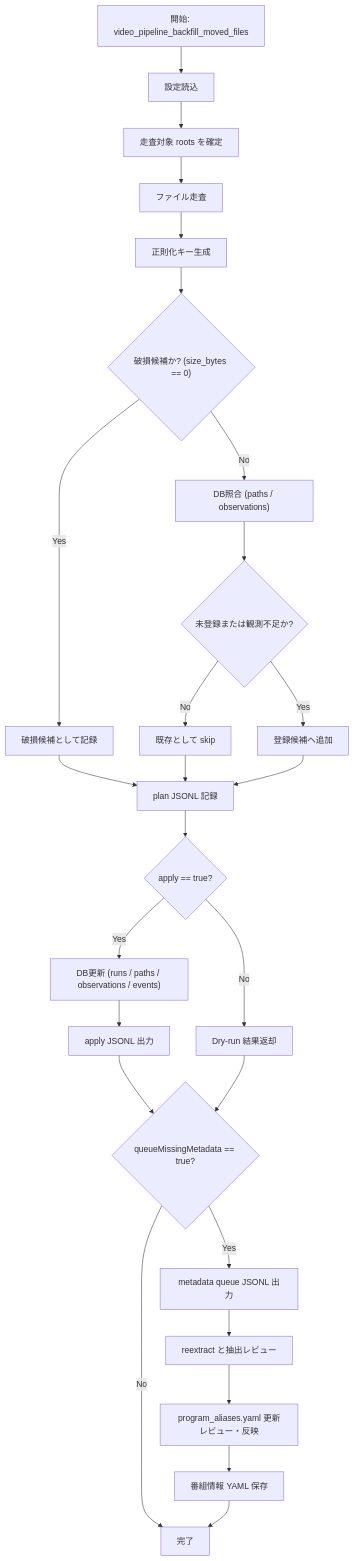
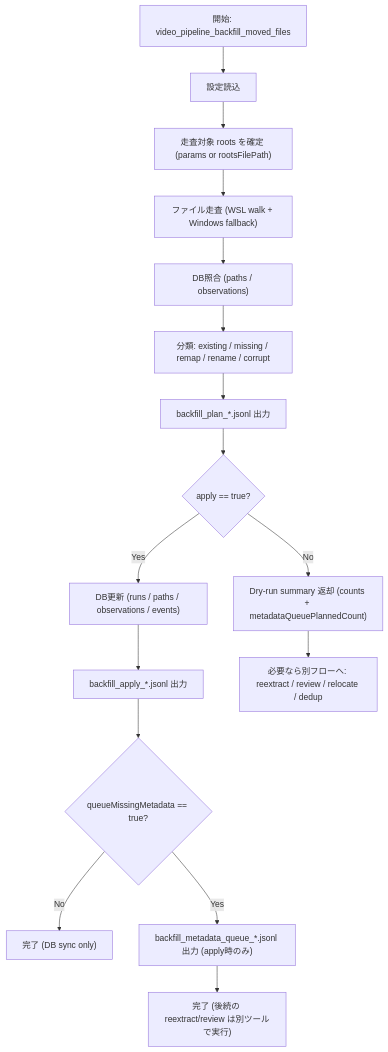
One commit to NEXTAltair/video-library-pipeline changed the diagram in BACKFILL_MOVED_FILES_REQUIREMENTS.md. Above: the diagram before and after it, drawn with Mermaid. The commit also changed other lines of this file and 9 other files, not shown here.

````diff
--- a/BACKFILL_MOVED_FILES_REQUIREMENTS.md
+++ b/BACKFILL_MOVED_FILES_REQUIREMENTS.md
@@ -16,28 +64,18 @@
 ```mermaid
 flowchart TD
   A["開始: video_pipeline_backfill_moved_files"] --> B["設定読込"]
-  B --> C["走査対象 roots を確定"]
-  C --> D["ファイル走査"]
-  D --> E["正則化キー生成"]
-  E --> F{"破損候補か? (size_bytes == 0)"}
-  F -- Yes --> F1["破損候補として記録"]
-  F -- No --> G["DB照合 (paths / observations)"]
-  G --> H{"未登録または観測不足か?"}
-  H -- No --> H1["既存として skip"]
-  H -- Yes --> I["登録候補へ追加"]
-  F1 --> J["plan JSONL 記録"]
-  H1 --> J
-  I --> J
-  J --> K{"apply == true?"}
-  K -- No --> L["Dry-run 結果返却"]
-  K -- Yes --> M["DB更新 (runs / paths / observations / events)"]
-  M --> N["apply JSONL 出力"]
-  N --> O{"queueMissingMetadata == true?"}
-  L --> O
-  O -- No --> P["完了"]
-  O -- Yes --> Q["metadata queue JSONL 出力"]
-  Q --> R["reextract と抽出レビュー"]
-  R --> S["program_aliases.yaml 更新レビュー・反映"]
-  S --> T["番組情報 YAML 保存"]
-  T --> P
+  B --> C["走査対象 roots を確定 (params or rootsFilePath)"]
+  C --> D["ファイル走査 (WSL walk + Windows fallback)"]
+  D --> E["DB照合 (paths / observations)"]
+  E --> F["分類: existing / missing / remap / rename / corrupt"]
+  F --> G["backfill_plan_*.jsonl 出力"]
+  G --> H{"apply == true?"}
+  H -- "No" --> I["Dry-run summary 返却 (counts + metadataQueuePlannedCount)"]
+  H -- "Yes" --> J["DB更新 (runs / paths / observations / events)"]
+  J --> K["backfill_apply_*.jsonl 出力"]
+  K --> L{"queueMissingMetadata == true?"}
+  L -- "No" --> M["完了 (DB sync only)"]
+  L -- "Yes" --> N["backfill_metadata_queue_*.jsonl 出力 (apply時のみ)"]
+  N --> O["完了 (後続の reextract/review は別ツールで実行)"]
+  I --> P["必要なら別フローへ: reextract / review / relocate / dedup"]
 ```
````
